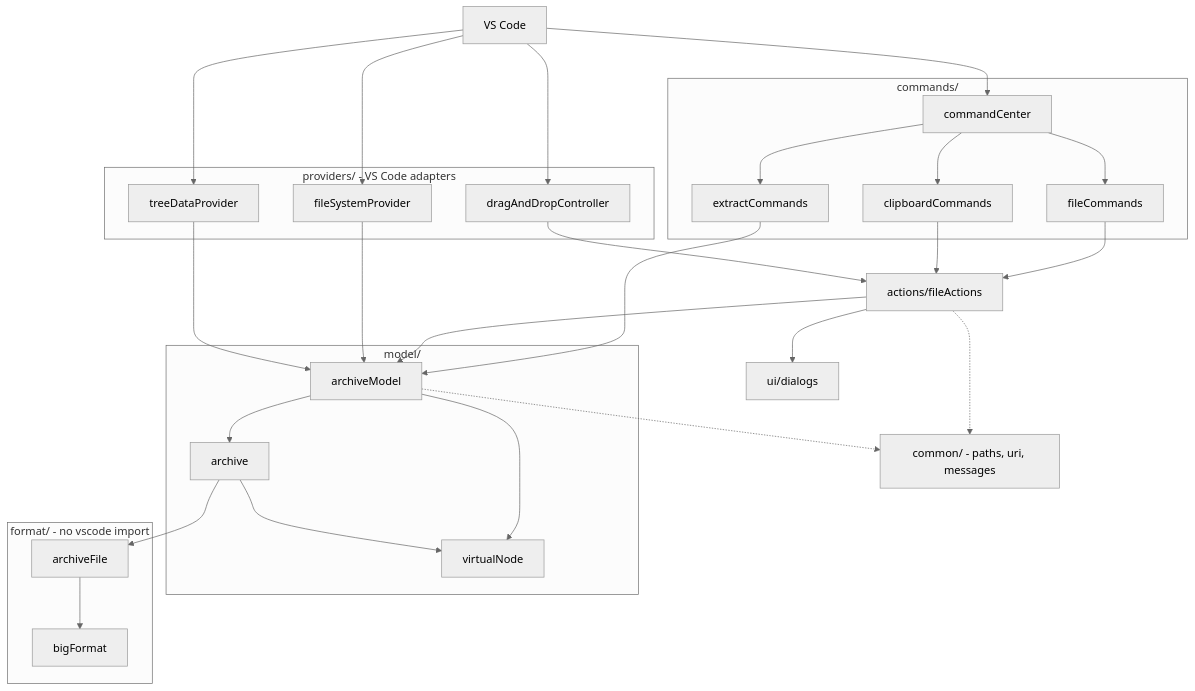
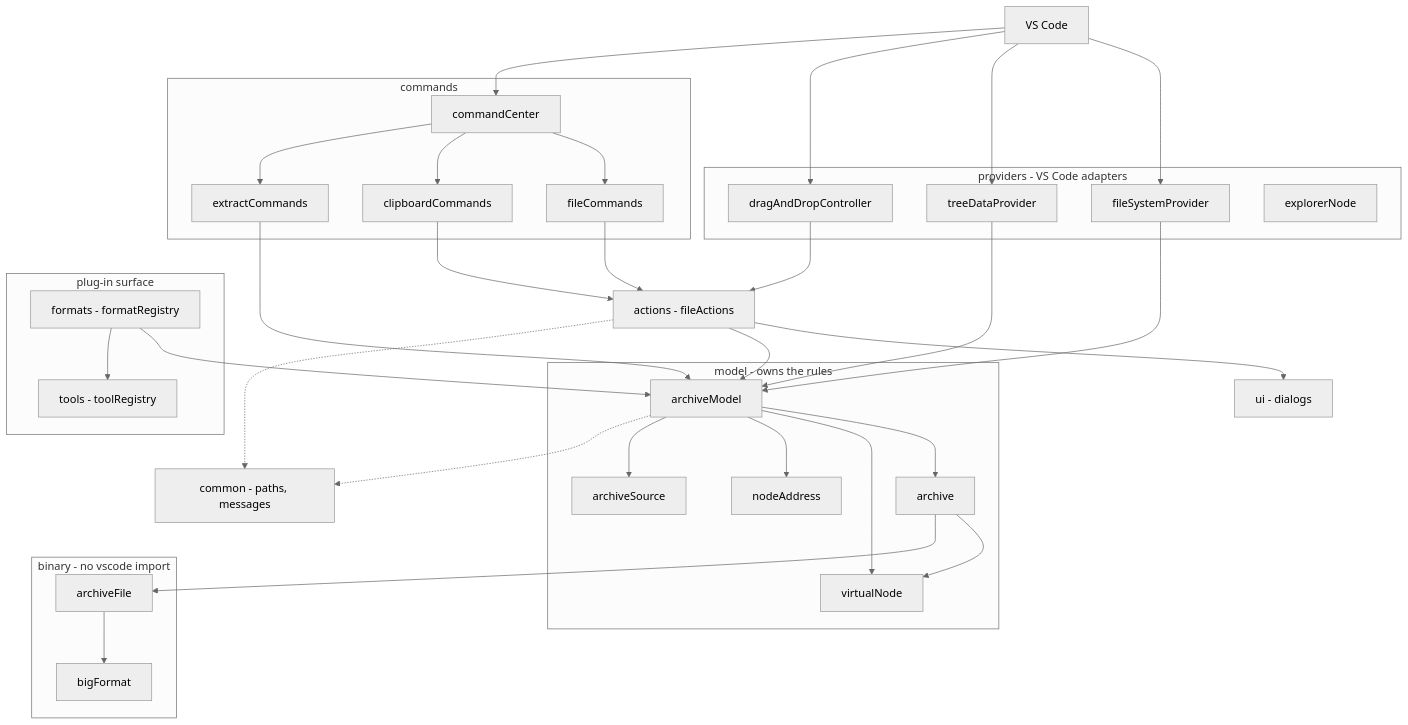
One commit to max-bronner/bigfs changed the first of 6 diagrams in docs/architecture.md. Above: the diagram before and after it, drawn with Mermaid (neutral theme). The commit also changed other lines of this file, not shown here.

First line of the commit message:
Rewrite the architecture notes for the code that exists

````diff
--- a/docs/architecture.md
+++ b/docs/architecture.md
@@ -13,53 +34,57 @@
 ```mermaid
 flowchart TD
   VS["VS Code"]
 
-  subgraph adapters["providers/ - VS Code adapters"]
+  subgraph providers["providers - VS Code adapters"]
     FSP["fileSystemProvider"]
     TDP["treeDataProvider"]
     DND["dragAndDropController"]
+    EXN["explorerNode"]
   end
 
-  subgraph cmd["commands/"]
+  subgraph cmd["commands"]
     CC["commandCenter"]
     FC["fileCommands"]
     CLC["clipboardCommands"]
     EC["extractCommands"]
   end
 
-  ACT["actions/fileActions"]
-  UI["ui/dialogs"]
+  ACT["actions - fileActions"]
+  UI["ui - dialogs"]
 
-  subgraph model["model/"]
+  subgraph model["model - owns the rules"]
     AM["archiveModel"]
     AR["archive"]
     VN["virtualNode"]
+    NA["nodeAddress"]
+    AS["archiveSource"]
   end
 
-  subgraph fmt["format/ - no vscode import"]
+  subgraph plugins["plug-in surface"]
+    TR["tools - toolRegistry"]
+    FR["formats - formatRegistry"]
+  end
+
+  subgraph binary["binary - no vscode import"]
     AF["archiveFile"]
     BF["bigFormat"]
   end
 
-  COM["common/ - paths, uri, messages"]
+  COM["common - paths, messages"]
 
-  VS --> FSP
-  VS --> TDP
-  VS --> DND
-  VS --> CC
+  VS --> FSP & TDP & DND & CC
   CC --> FC & CLC & EC
   FC & CLC --> ACT
-  EC --> AM
   DND --> ACT
   ACT --> UI
   ACT --> AM
-  FSP --> AM
-  TDP --> AM
-  AM --> AR
-  AM --> VN
-  AR --> VN
-  AR --> AF
+  FSP & TDP --> AM
+  EC --> AM
+  FR --> AM
+  FR --> TR
+  AM --> AR & VN & NA & AS
+  AR --> VN & AF
   AF --> BF
   ACT -.-> COM
   AM -.-> COM
 ```
````
